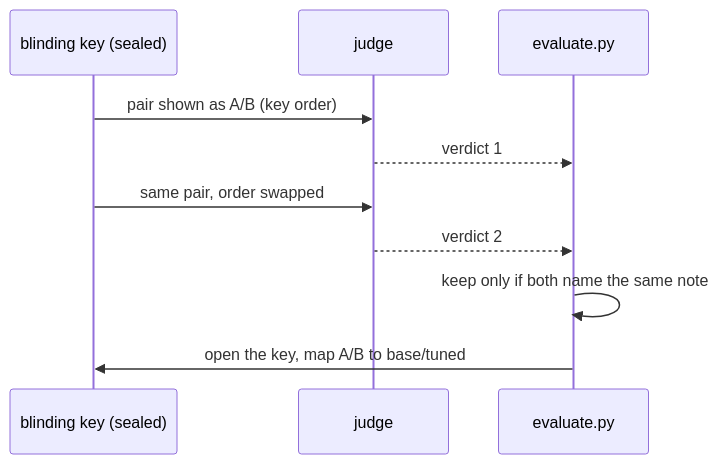
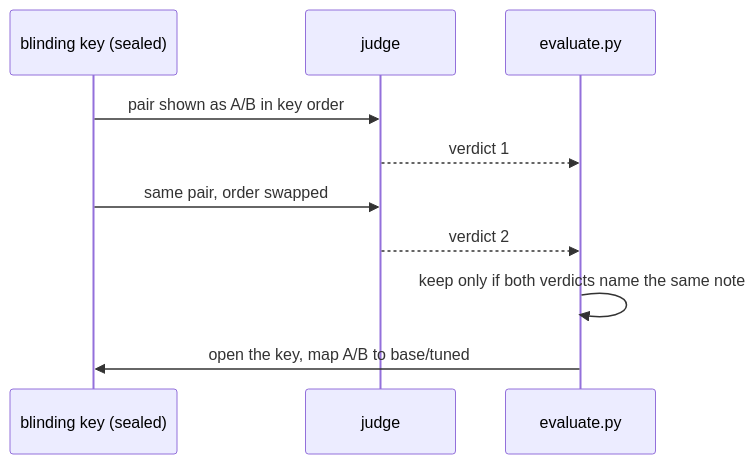
The fourth of 4 diagrams in WALKTHROUGH.md (J-Jurza/lora-eval-lab), drawn with Mermaid before and after one commit. The commit also changed other lines of this file and 1 other file, not shown here.

````diff
--- a/WALKTHROUGH.md
+++ b/WALKTHROUGH.md
@@ -324,12 +237,12 @@
 ```mermaid
 sequenceDiagram
     participant K as blinding key (sealed)
     participant J as judge
     participant E as evaluate.py
-    K->>J: pair shown as A/B (key order)
+    K->>J: pair shown as A/B in key order
     J-->>E: verdict 1
     K->>J: same pair, order swapped
     J-->>E: verdict 2
-    E->>E: keep only if both name the same note
+    E->>E: keep only if both verdicts name the same note
     E->>K: open the key, map A/B to base/tuned
 ```
````
